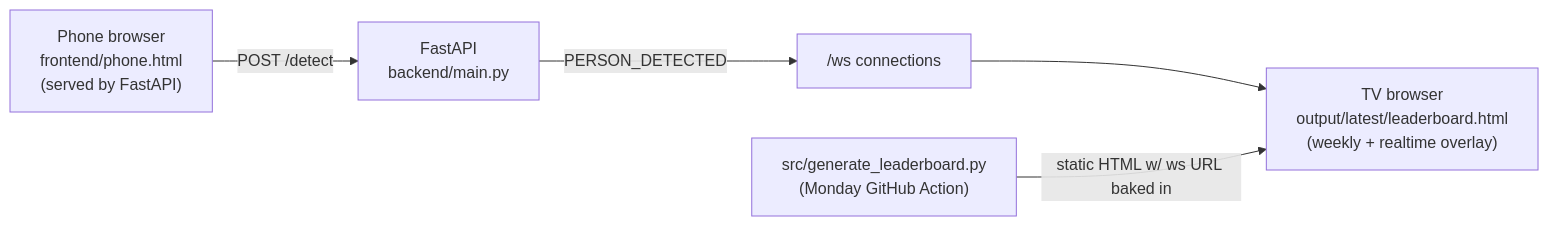
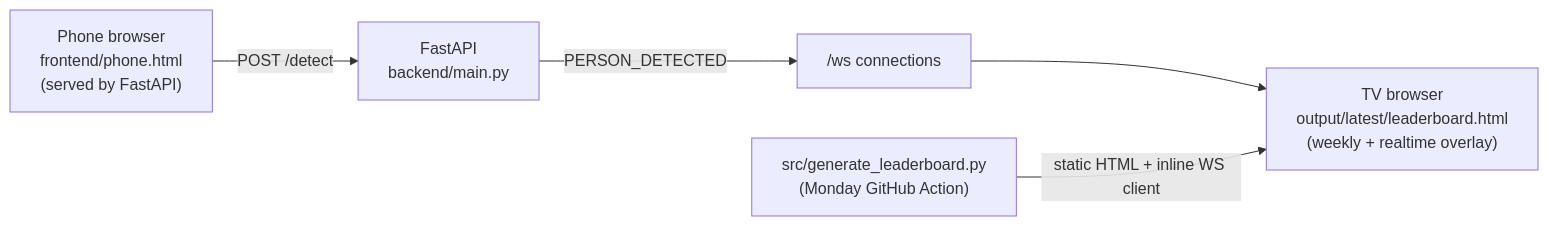
One commit to karanoza-yorkie/cursor-leaderboard changed the first of 2 diagrams in docs/face-detection.md. Above: the diagram before and after it, drawn with Mermaid. The commit also changed other lines of this file and 9 other files, not shown here.

Commit message:
face_detection_feature : All the docs containing the architecture and all other related docs created

````diff
--- a/docs/face-detection.md
+++ b/docs/face-detection.md
@@ -16,7 +18,7 @@
 ```mermaid
 flowchart LR
     Phone["Phone browser<br/>frontend/phone.html<br/>(served by FastAPI)"] -->|"POST /detect"| API["FastAPI<br/>backend/main.py"]
     API -->|"PERSON_DETECTED"| WS["/ws connections"]
     WS --> TV["TV browser<br/>output/latest/leaderboard.html<br/>(weekly + realtime overlay)"]
-    Gen["src/generate_leaderboard.py<br/>(Monday GitHub Action)"] -->|"static HTML w/ ws URL baked in"| TV
+    Gen["src/generate_leaderboard.py<br/>(Monday GitHub Action)"] -->|"static HTML + inline WS client"| TV
 ```
````
